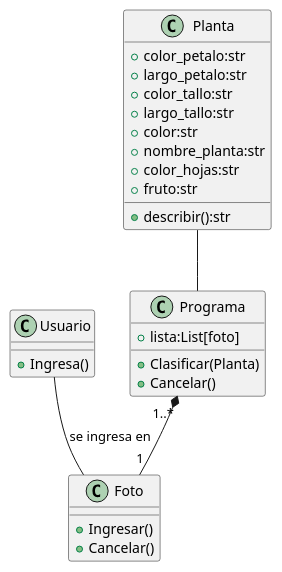
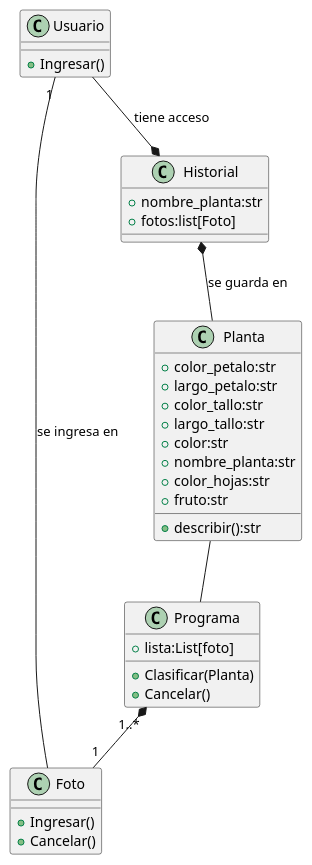
One commit to GermanCentanaro/OOP-Final-Project changed the diagram in UML.puml. Above: the diagram before and after it, drawn with PlantUML.

```diff
--- a/UML.puml
+++ b/UML.puml
@@ -1,33 +1,40 @@
 @startuml
 Class Usuario{
-    +Ingresa()
+    +Ingresar()
 }
 
 Class Foto{
     +Ingresar()
     +Cancelar()
 }
 
 Class Programa{
     +lista:List[foto]
     +Clasificar(Planta)
     +Cancelar()
 }
 
 Class Planta{
     +color_petalo:str
     +largo_petalo:str
     +color_tallo:str
     +largo_tallo:str
     +color:str
     +nombre_planta:str
     +color_hojas:str
     +fruto:str
     +describir():str
 }
 
-Usuario -- Foto:se ingresa en
+Class Historial{
+    +nombre_planta:str
+    +fotos:list[Foto]
+}
+
+Usuario"1" -- Foto:se ingresa en
 Planta -- Programa
 Programa"1..*" *-- "1"Foto
+Historial *-- Planta:se guarda en
+Usuario --* Historial:tiene acceso
 
 @enduml
```
